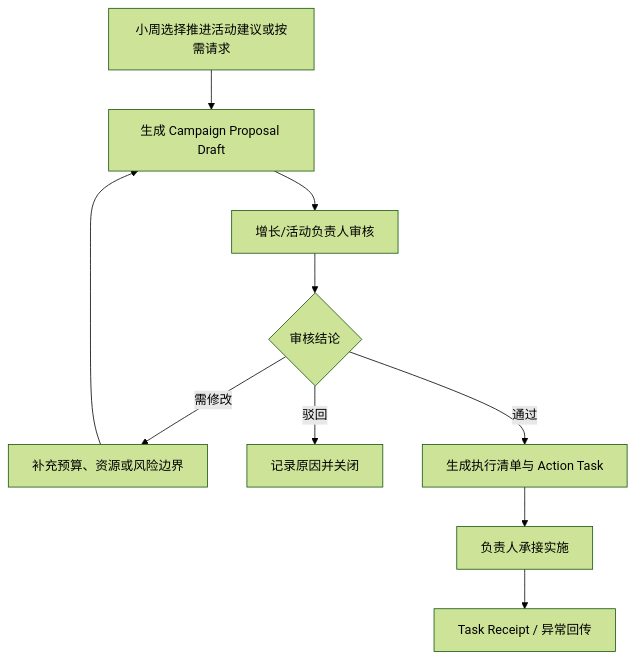
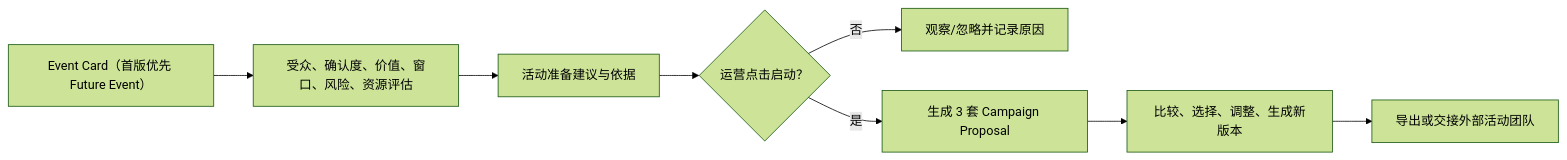
The fourth of 4 diagrams in docs/ux-ui/ux-03-user-flows.md (RACHEL-cmd108/Hotspot), drawn with Mermaid (forest theme) before and after one commit. The commit also changed other lines of this file and 79 other files, not shown here.

````diff
--- a/docs/ux-ui/ux-03-user-flows.md
+++ b/docs/ux-ui/ux-03-user-flows.md
@@ -172,9 +72,10 @@
 ```mermaid
-flowchart TD
-  A["小周选择推进活动建议或按需请求"] --> B["生成 Campaign Proposal Draft"] --> C["增长/活动负责人审核"]
-  C --> D{"审核结论"}
-  D -->|"需修改"| E["补充预算、资源或风险边界"] --> B
-  D -->|"驳回"| F["记录原因并关闭"]
-  D -->|"通过"| G["生成执行清单与 Action Task"] --> H["负责人承接实施"]
-  H --> I["Task Receipt / 异常回传"]
+flowchart LR
+  A["Event Card（首版优先 Future Event）"] --> B["受众、确认度、价值、窗口、风险、资源评估"]
+  B --> C["活动准备建议与依据"]
+  C --> D{"运营点击启动？"}
+  D -->|否| E["观察/忽略并记录原因"]
+  D -->|是| F["生成 3 套 Campaign Proposal"]
+  F --> G["比较、选择、调整、生成新版本"]
+  G --> H["导出或交接外部活动团队"]
 ```
````
